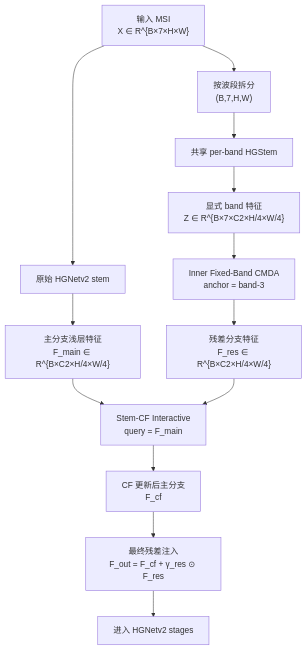
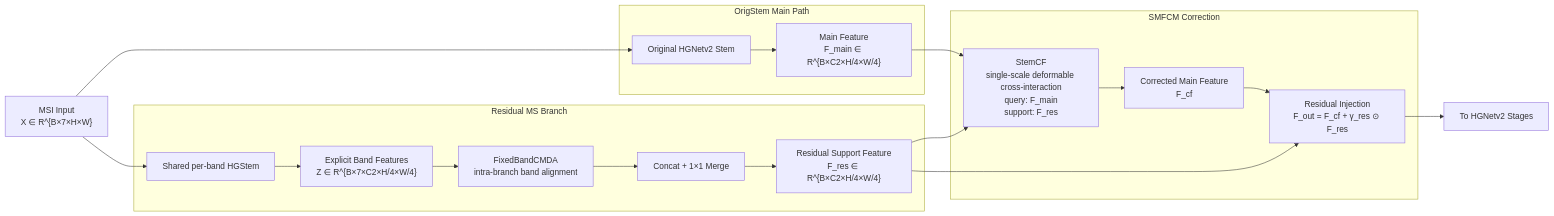
One commit to zhengchuchuan/smsf-detr changed the first of 4 diagrams in docs/论文-OrigStem残差MS分支与StemCF交互模块.md. Above: the diagram before and after it, drawn with Mermaid. The commit also changed other lines of this file and 43 other files, not shown here.

````diff
--- a/docs/论文-OrigStem残差MS分支与StemCF交互模块.md
+++ b/docs/论文-OrigStem残差MS分支与StemCF交互模块.md
@@ -102,18 +256,33 @@
 ```mermaid
-flowchart TD
-    A["输入 MSI<br/>X ∈ R^{B×7×H×W}"] --> B["原始 HGNetv2 stem"]
-    A --> C["按波段拆分<br/>(B,7,H,W)"]
+flowchart LR
+    X["MSI Input<br/>X ∈ R^{B×7×H×W}"]
 
-    B --> D["主分支浅层特征<br/>F_main ∈ R^{B×C2×H/4×W/4}"]
+    subgraph Main["OrigStem Main Path"]
+        M0["Original HGNetv2 Stem"]
+        M1["Main Feature<br/>F_main ∈ R^{B×C2×H/4×W/4}"]
+        M0 --> M1
+    end
 
-    C --> E["共享 per-band HGStem"]
-    E --> F["显式 band 特征<br/>Z ∈ R^{B×7×C2×H/4×W/4}"]
-    F --> G["Inner Fixed-Band CMDA<br/>anchor = band-3"]
-    G --> H["残差分支特征<br/>F_res ∈ R^{B×C2×H/4×W/4}"]
+    subgraph Residual["Residual MS Branch"]
+        R0["Shared per-band HGStem"]
+        R1["Explicit Band Features<br/>Z ∈ R^{B×7×C2×H/4×W/4}"]
+        R2["FixedBandCMDA<br/>intra-branch band alignment"]
+        R3["Concat + 1×1 Merge"]
+        R4["Residual Support Feature<br/>F_res ∈ R^{B×C2×H/4×W/4}"]
+        R0 --> R1 --> R2 --> R3 --> R4
+    end
 
-    D --> I["Stem-CF Interactive<br/>query = F_main"]
-    H --> I
-    I --> J["CF 更新后主分支<br/>F_cf"]
-    J --> K["最终残差注入<br/>F_out = F_cf + γ_res ⊙ F_res"]
-    K --> L["进入 HGNetv2 stages"]
+    subgraph Correction["SMFCM Correction"]
+        C0["StemCF<br/>single-scale deformable cross-interaction<br/>query: F_main<br/>support: F_res"]
+        C1["Corrected Main Feature<br/>F_cf"]
+        C2["Residual Injection<br/>F_out = F_cf + γ_res ⊙ F_res"]
+        C0 --> C1 --> C2
+    end
+
+    X --> M0
+    X --> R0
+    M1 --> C0
+    R4 --> C0
+    R4 --> C2
+    C2 --> Y["To HGNetv2 Stages"]
 ```
````
